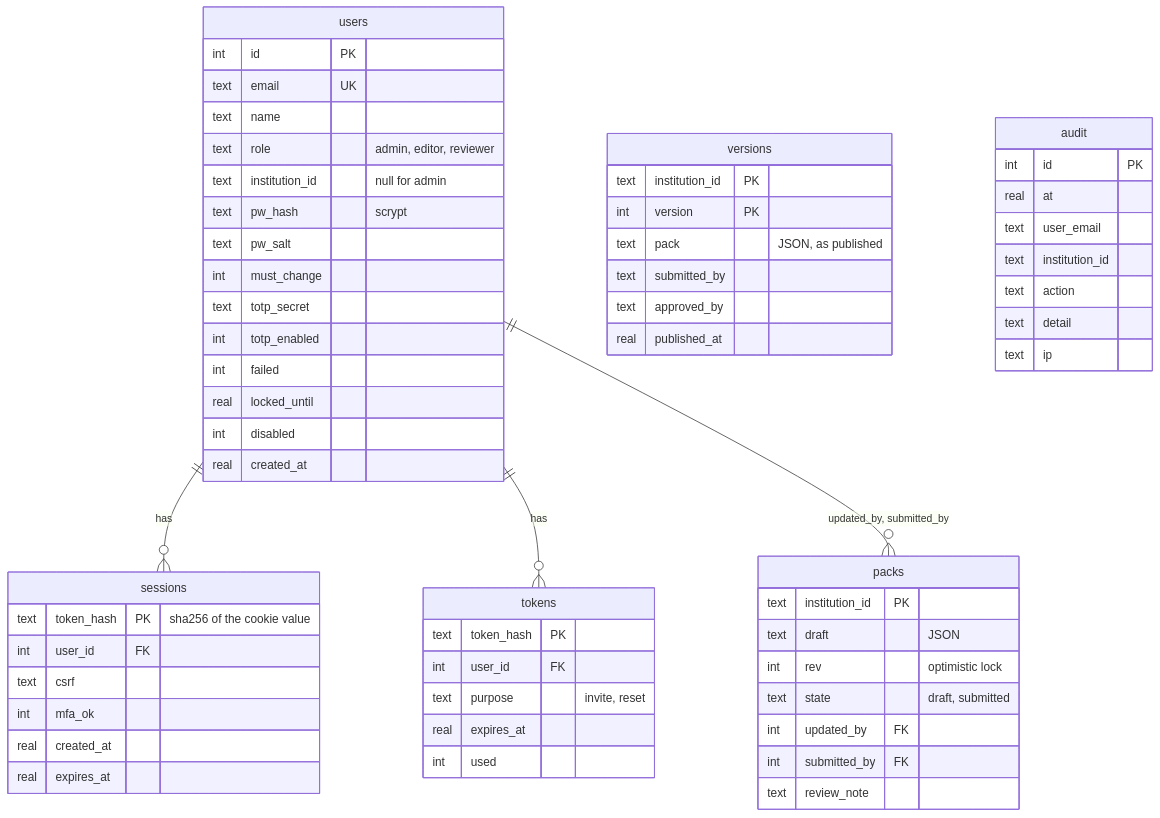
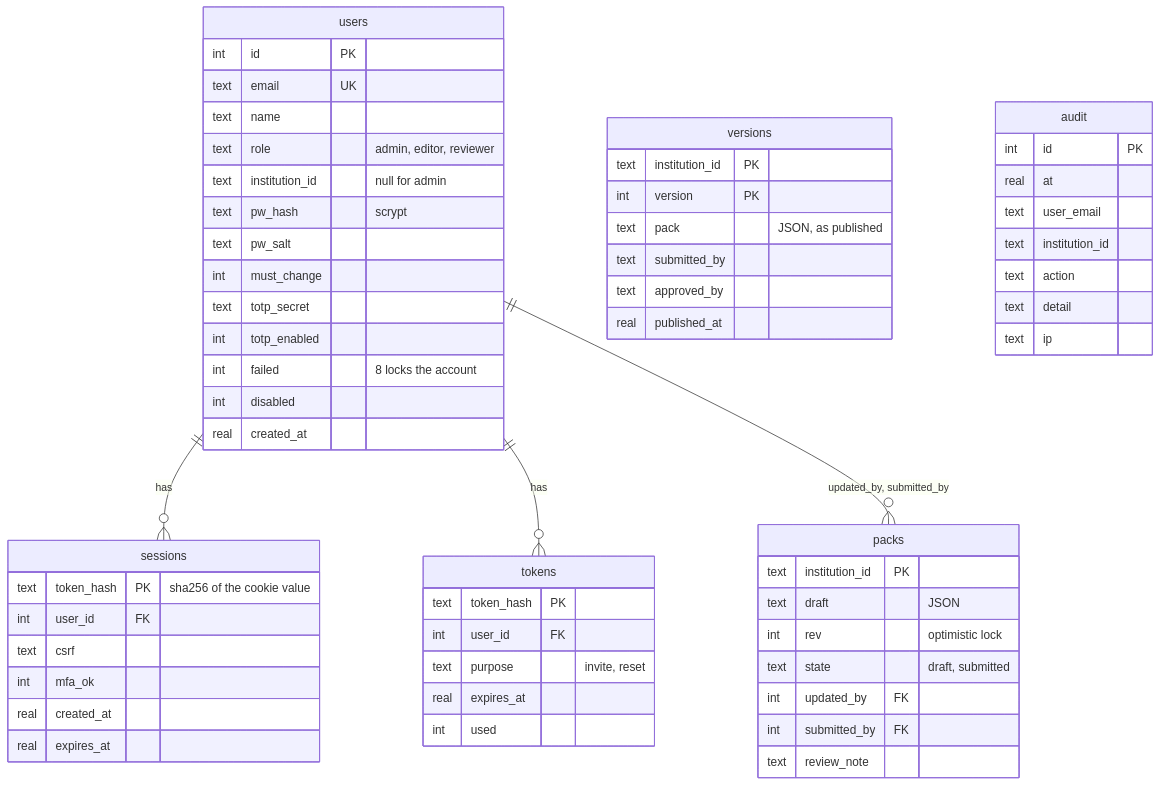
Before and after one commit to mutarisi-chibaya/education: the diagram in docs/data-model.md, drawn with Mermaid. The commit also changed 7 other files, not shown here.

First line of the commit message:
Keep a locked staff account locked until its password is reset

````diff
--- a/docs/data-model.md
+++ b/docs/data-model.md
@@ -88,64 +88,63 @@
 ```mermaid
 erDiagram
     users ||--o{ sessions : "has"
     users ||--o{ tokens : "has"
     users ||--o{ packs : "updated_by, submitted_by"
 
     users {
         int id PK
         text email UK
         text name
         text role "admin, editor, reviewer"
         text institution_id "null for admin"
         text pw_hash "scrypt"
         text pw_salt
         int must_change
         text totp_secret
         int totp_enabled
-        int failed
-        real locked_until
+        int failed "8 locks the account"
         int disabled
         real created_at
     }
     sessions {
         text token_hash PK "sha256 of the cookie value"
         int user_id FK
         text csrf
         int mfa_ok
         real created_at
         real expires_at
     }
     tokens {
         text token_hash PK
         int user_id FK
         text purpose "invite, reset"
         real expires_at
         int used
     }
     packs {
         text institution_id PK
         text draft "JSON"
         int rev "optimistic lock"
         text state "draft, submitted"
         int updated_by FK
         int submitted_by FK
         text review_note
     }
     versions {
         text institution_id PK
         int version PK
         text pack "JSON, as published"
         text submitted_by
         text approved_by
         real published_at
     }
     audit {
         int id PK
         real at
         text user_email
         text institution_id
         text action
         text detail
         text ip
     }
 ```
````
